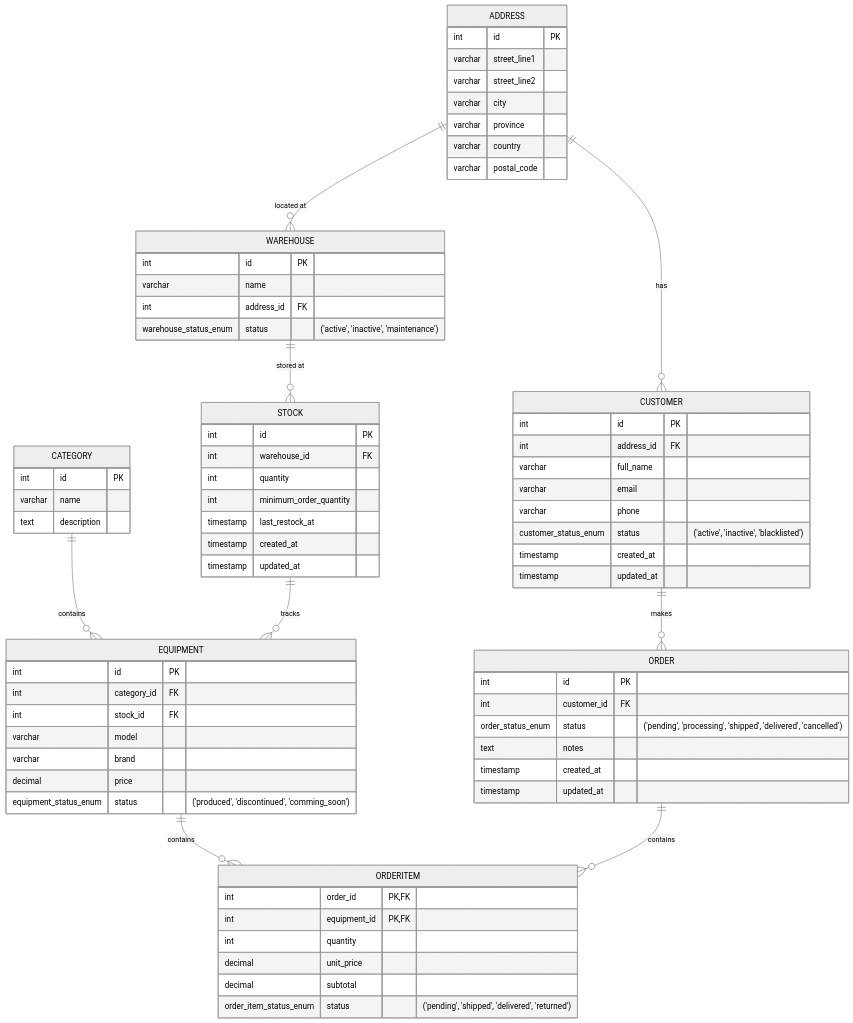
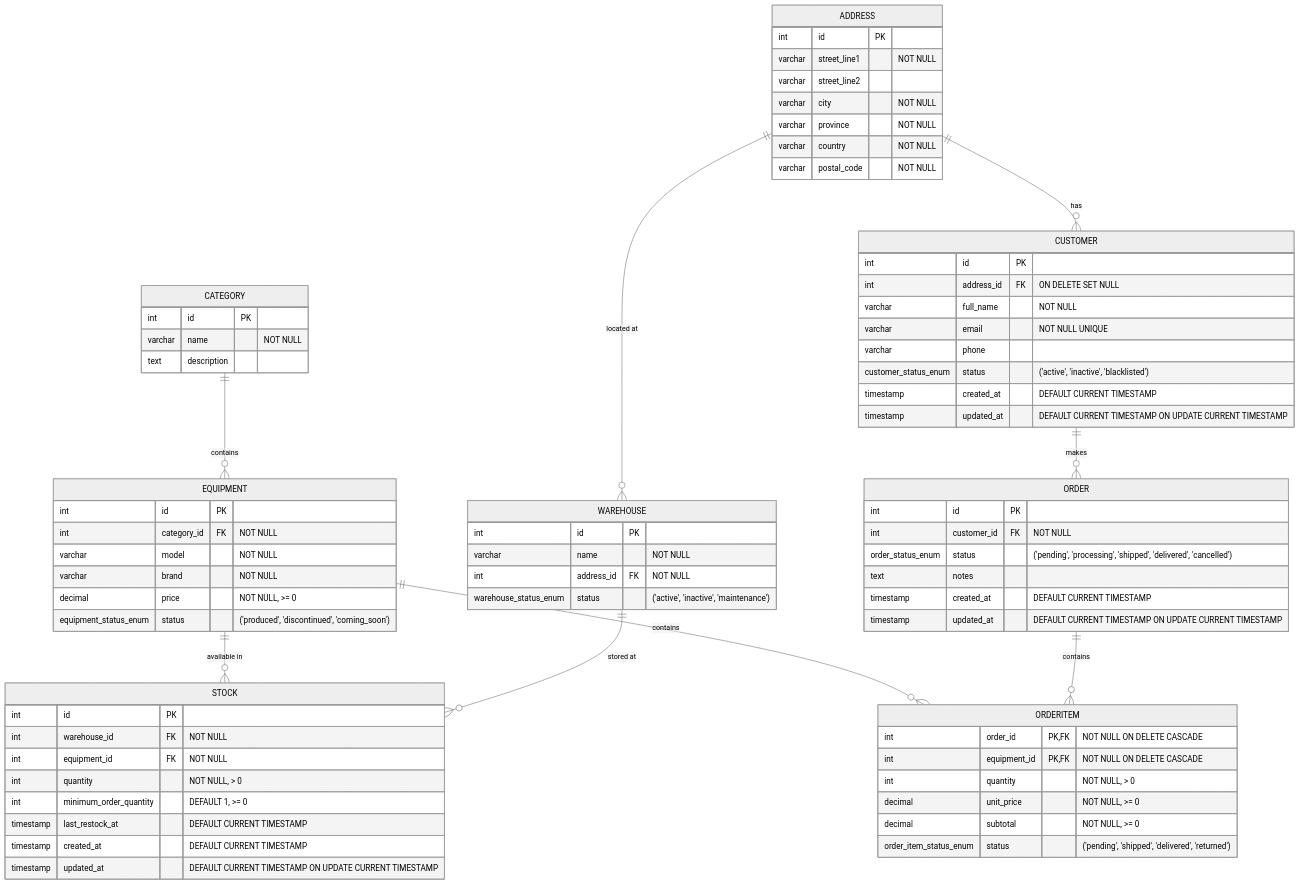
One commit to nadzyah/sports-equipment-db changed the diagram in schema.mmd. Above: the diagram before and after it, drawn with Mermaid (neutral theme). The commit also changed 1 other file, not shown here.

```diff
--- a/schema.mmd
+++ b/schema.mmd
@@ -1,81 +1,81 @@
 erDiagram
     CATEGORY ||--o{ EQUIPMENT : contains
     EQUIPMENT ||--o{ ORDERITEM : contains
     CUSTOMER ||--o{ ORDER : makes
     ORDER ||--o{ ORDERITEM : contains
-    STOCK ||--o{ EQUIPMENT : tracks
+    EQUIPMENT ||--o{ STOCK : "available in"
     WAREHOUSE ||--o{ STOCK : "stored at"
     ADDRESS ||--o{ WAREHOUSE : "located at"
     ADDRESS ||--o{ CUSTOMER : has
 
     CATEGORY {
         int id PK
-        varchar name
+        varchar name "NOT NULL"
         text description
     }
 
     EQUIPMENT {
         int id PK
-        int category_id FK
-        int stock_id FK
-        varchar model
-        varchar brand
-        decimal price
-        equipment_status_enum status "('produced', 'discontinued', 'comming_soon')"
+        int category_id FK "NOT NULL"
+        varchar model "NOT NULL"
+        varchar brand "NOT NULL"
+        decimal price "NOT NULL, >= 0"
+        equipment_status_enum status "('produced', 'discontinued', 'coming_soon')"
     }
 
     WAREHOUSE {
         int id PK
-        varchar name
-        int address_id FK
+        varchar name "NOT NULL"
+        int address_id FK "NOT NULL"
         warehouse_status_enum status "('active', 'inactive', 'maintenance')"
     }
 
     ADDRESS {
         int id PK
-        varchar street_line1
+        varchar street_line1 "NOT NULL"
         varchar street_line2
-        varchar city
-        varchar province
-        varchar country
-        varchar postal_code
+        varchar city "NOT NULL"
+        varchar province "NOT NULL"
+        varchar country "NOT NULL"
+        varchar postal_code "NOT NULL"
     }
 
     CUSTOMER {
         int id PK
-        int address_id FK
-        varchar full_name
-        varchar email
+        int address_id FK "ON DELETE SET NULL"
+        varchar full_name "NOT NULL"
+        varchar email "NOT NULL UNIQUE"
         varchar phone
         customer_status_enum status "('active', 'inactive', 'blacklisted')"
-        timestamp created_at
-        timestamp updated_at
+        timestamp created_at "DEFAULT CURRENT TIMESTAMP"
+        timestamp updated_at "DEFAULT CURRENT TIMESTAMP ON UPDATE CURRENT TIMESTAMP"
     }
 
     ORDER {
         int id PK
-        int customer_id FK
+        int customer_id FK "NOT NULL"
         order_status_enum status "('pending', 'processing', 'shipped', 'delivered', 'cancelled')"
         text notes
-        timestamp created_at
-        timestamp updated_at
+        timestamp created_at "DEFAULT CURRENT TIMESTAMP"
+        timestamp updated_at "DEFAULT CURRENT TIMESTAMP ON UPDATE CURRENT TIMESTAMP"
     }
 
     ORDERITEM {
-        int order_id PK,FK
-        int equipment_id PK,FK
-        int quantity
-        decimal unit_price
-        decimal subtotal
+        int order_id PK,FK "NOT NULL ON DELETE CASCADE"
+        int equipment_id PK,FK "NOT NULL ON DELETE CASCADE"
+        int quantity "NOT NULL, > 0"
+        decimal unit_price "NOT NULL, >= 0"
+        decimal subtotal "NOT NULL, >= 0"
         order_item_status_enum status "('pending', 'shipped', 'delivered', 'returned')"
     }
 
     STOCK {
         int id PK
-        int warehouse_id FK
-        int quantity
-        int minimum_order_quantity
-        timestamp last_restock_at
-        timestamp created_at
-        timestamp updated_at
+        int warehouse_id FK "NOT NULL"
+        int equipment_id FK "NOT NULL"
+        int quantity "NOT NULL,  > 0"
+        int minimum_order_quantity "DEFAULT 1, >= 0"
+        timestamp last_restock_at "DEFAULT CURRENT TIMESTAMP"
+        timestamp created_at "DEFAULT CURRENT TIMESTAMP"
+        timestamp updated_at "DEFAULT CURRENT TIMESTAMP ON UPDATE CURRENT TIMESTAMP"
     }
```
